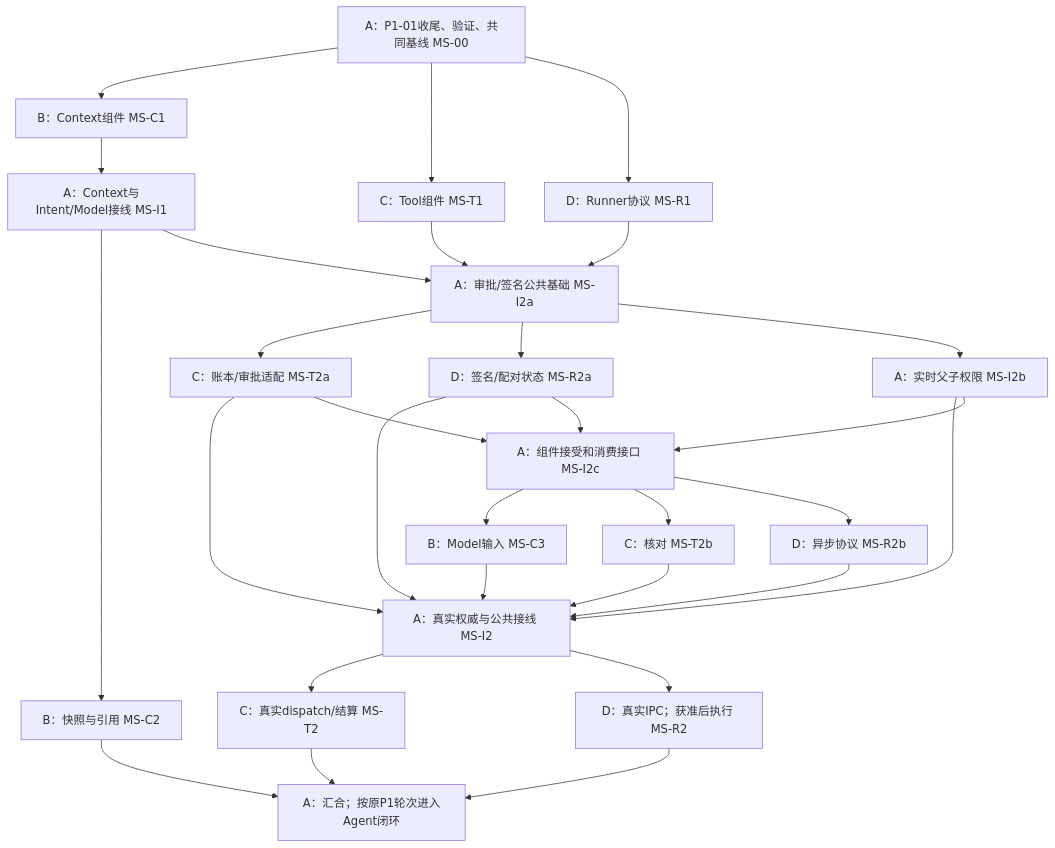
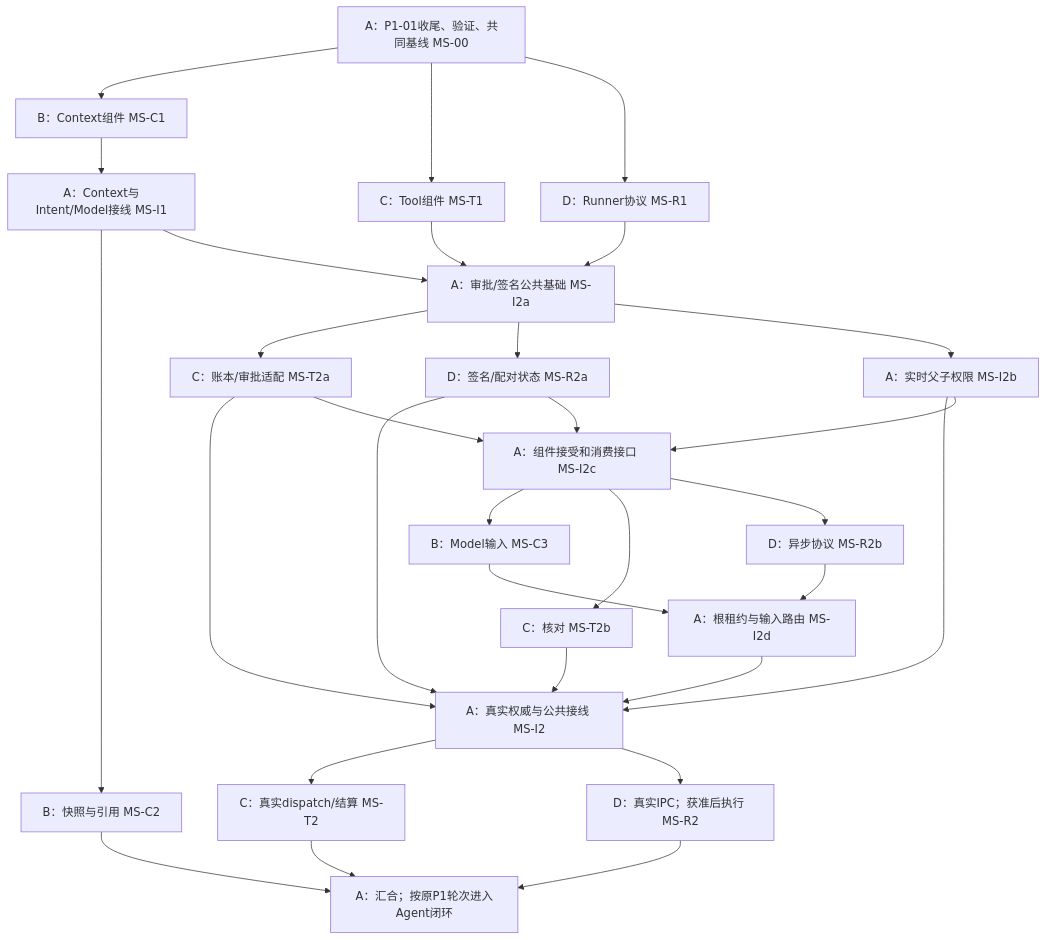
Before and after one commit to Guozai3633/UAW: the diagram in docs/plan/PARALLEL.md, drawn with Mermaid. The commit also changed other lines of this file and 23 other files, not shown here.

````diff
--- a/docs/plan/PARALLEL.md
+++ b/docs/plan/PARALLEL.md
@@ -44,31 +44,32 @@
 ```mermaid
 flowchart TD
   A0["A：P1-01收尾、验证、共同基线 MS-00"] --> B1["B：Context组件 MS-C1"]
   A0 --> C1["C：Tool组件 MS-T1"]
   A0 --> D1["D：Runner协议 MS-R1"]
   B1 --> I1["A：Context与Intent/Model接线 MS-I1"]
   I1 --> B2["B：快照与引用 MS-C2"]
   C1 --> I2a["A：审批/签名公共基础 MS-I2a"]
   D1 --> I2a
   I1 --> I2a
   I2a --> C2a["C：账本/审批适配 MS-T2a"]
   I2a --> D2a["D：签名/配对状态 MS-R2a"]
   I2a --> I2b["A：实时父子权限 MS-I2b"]
   C2a --> I2["A：真实权威与公共接线 MS-I2"]
   D2a --> I2
   I2b --> I2
   C2a --> I2c["A：组件接受和消费接口 MS-I2c"]
   D2a --> I2c
   I2b --> I2c
   I2c --> B3["B：Model输入 MS-C3"]
   I2c --> C2b["C：核对 MS-T2b"]
   I2c --> D2b["D：异步协议 MS-R2b"]
-  B3 --> I2
+  B3 --> I2d["A：根租约与输入路由 MS-I2d"]
+  D2b --> I2d
+  I2d --> I2
   C2b --> I2
-  D2b --> I2
   I2 --> C2["C：真实dispatch/结算 MS-T2"]
   I2 --> D2["D：真实IPC；获准后执行 MS-R2"]
   B2 --> I3["A：汇合；按原P1轮次进入Agent闭环"]
   C2 --> I3
   D2 --> I3
 ```
````
